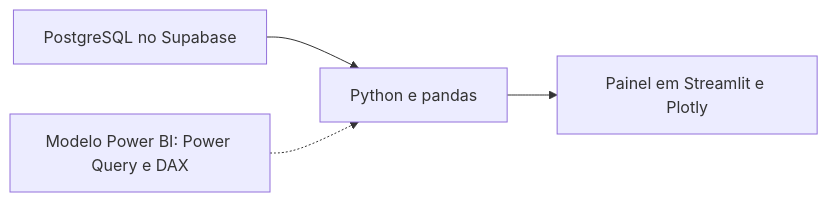
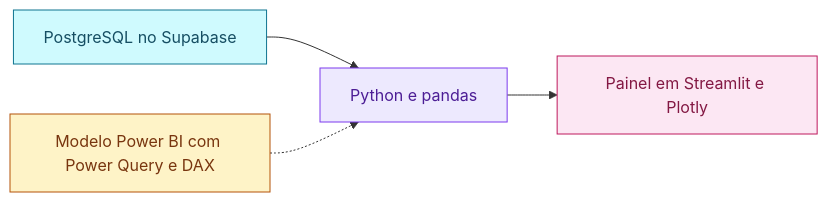
Before and after one commit to agnaldopeterson/agnaldopeterson: the diagram in README.md, drawn with Mermaid. The commit also changed other lines of this file and 1 other file, not shown here.

Commit message:
Cria perfil bilíngue com badges coloridos e projetos em destaque

````diff
--- a/README.md
+++ b/README.md
@@ -33,6 +21,14 @@
 ```mermaid
 flowchart LR
     A["PostgreSQL no Supabase"] --> B["Python e pandas"]
     B --> C["Painel em Streamlit e Plotly"]
-    D["Modelo Power BI: Power Query e DAX"] -.-> B
+    D["Modelo Power BI com Power Query e DAX"] -.-> B
+    classDef source fill:#CFFAFE,stroke:#0E7490,color:#164E63
+    classDef transform fill:#EDE9FE,stroke:#7C3AED,color:#4C1D95
+    classDef dashboard fill:#FCE7F3,stroke:#BE185D,color:#831843
+    classDef model fill:#FEF3C7,stroke:#B45309,color:#78350F
+    class A source
+    class B transform
+    class C dashboard
+    class D model
 ```
````
